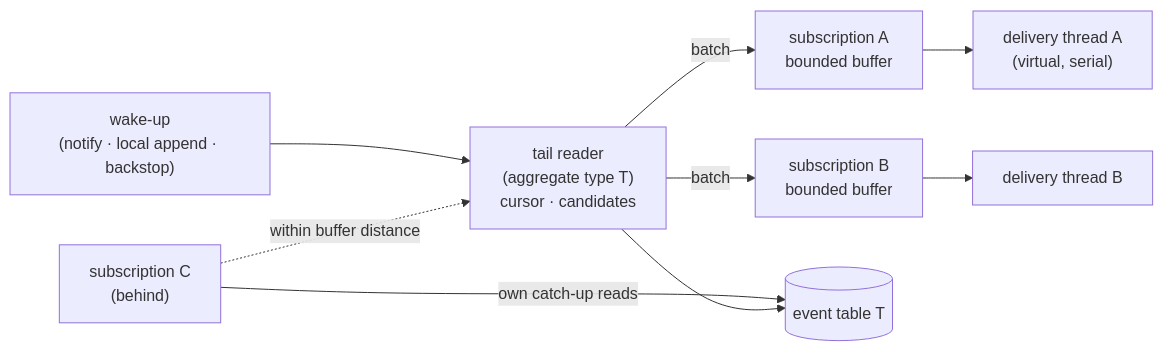
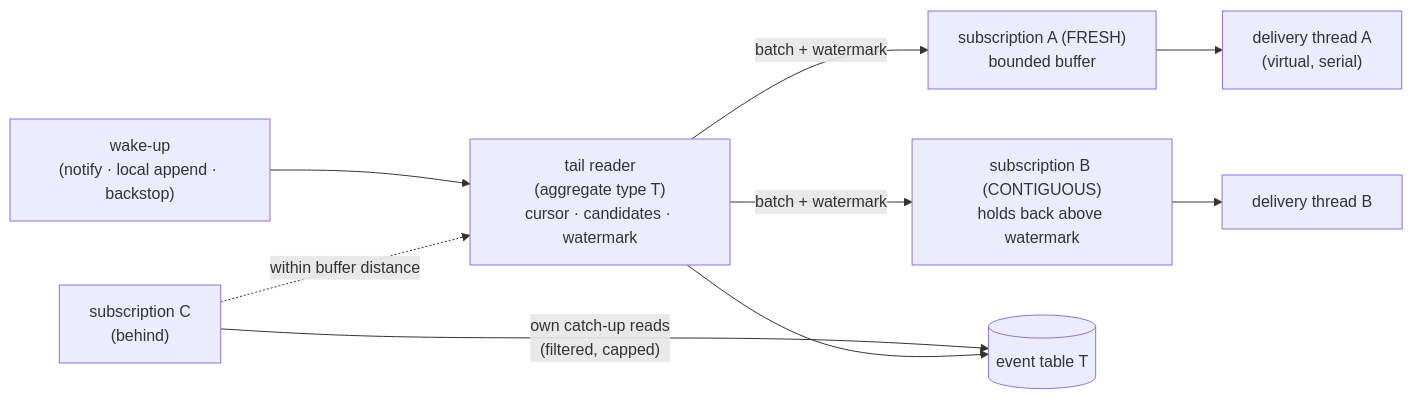
One commit to trustworksdk/essentials-project changed the diagram in docs/plans/event-store-subscription-redesign.md. Above: the diagram before and after it, drawn with Mermaid. The commit also changed other lines of this file and 2 other files, not shown here.

First line of the commit message:
Plan: fold Marten findings into the event store subscription redesign

````diff
--- a/docs/plans/event-store-subscription-redesign.md
+++ b/docs/plans/event-store-subscription-redesign.md
@@ -280,11 +509,11 @@
 ```mermaid
 flowchart LR
     W["wake-up<br/>(notify · local append · backstop)"] --> R
-    R["tail reader<br/>(aggregate type T)<br/>cursor · candidates"] -->|batch| B1["subscription A<br/>bounded buffer"]
-    R -->|batch| B2["subscription B<br/>bounded buffer"]
-    C["subscription C<br/>(behind)"] -->|own catch-up reads| DB[(event table T)]
+    R["tail reader<br/>(aggregate type T)<br/>cursor · candidates · watermark"] -->|"batch + watermark"| B1["subscription A (FRESH)<br/>bounded buffer"]
+    R -->|"batch + watermark"| B2["subscription B (CONTIGUOUS)<br/>holds back above watermark"]
+    C["subscription C<br/>(behind)"] -->|"own catch-up reads<br/>(filtered, capped)"| DB[(event table T)]
     R --> DB
     C -. within buffer distance .-> R
     B1 --> H1["delivery thread A<br/>(virtual, serial)"]
     B2 --> H2["delivery thread B"]
 ```
````
